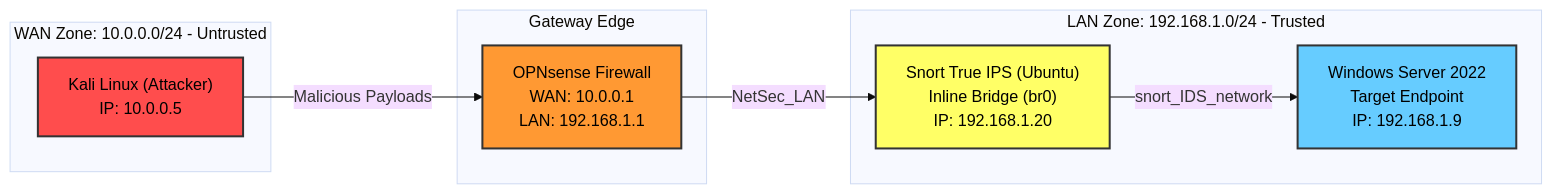
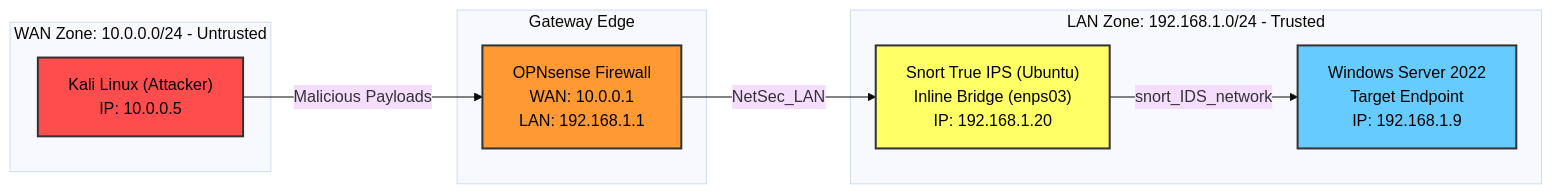
One commit to Harisankar-01/Network-Security-Hardening-Lab changed the diagram in README.md. Above: the diagram before and after it, drawn with Mermaid (base theme).

````diff
--- a/README.md
+++ b/README.md
@@ -20,24 +20,24 @@
 ```mermaid
 flowchart LR
     subgraph WAN [WAN Zone: 10.0.0.0/24 - Untrusted]
         KALI["Kali Linux (Attacker)<br/>IP: 10.0.0.5"]
     end
 
     subgraph Perimeter [Gateway Edge]
         FW["OPNsense Firewall<br/>WAN: 10.0.0.1<br/>LAN: 192.168.1.1"]
     end
 
     subgraph LAN [LAN Zone: 192.168.1.0/24 - Trusted]
-        SNORT["Snort True IPS (Ubuntu)<br/>Inline Bridge (br0)<br/>IP: 192.168.1.20"]
+        SNORT["Snort True IPS (Ubuntu)<br/>Inline Bridge (enps03)<br/>IP: 192.168.1.20"]
         WIN["Windows Server 2022<br/>Target Endpoint<br/>IP: 192.168.1.9"]
     end
 
     KALI -- "Malicious Payloads" --> FW
     FW -- "NetSec_LAN" --> SNORT
     SNORT -- "snort_IDS_network" --> WIN
 
     style KALI fill:#ff4d4d,stroke:#333,stroke-width:2px,color:#000
     style FW fill:#ff9933,stroke:#333,stroke-width:2px,color:#000
     style SNORT fill:#ffff66,stroke:#333,stroke-width:2px,color:#000
     style WIN fill:#66ccff,stroke:#333,stroke-width:2px,color:#000
 ```
````
